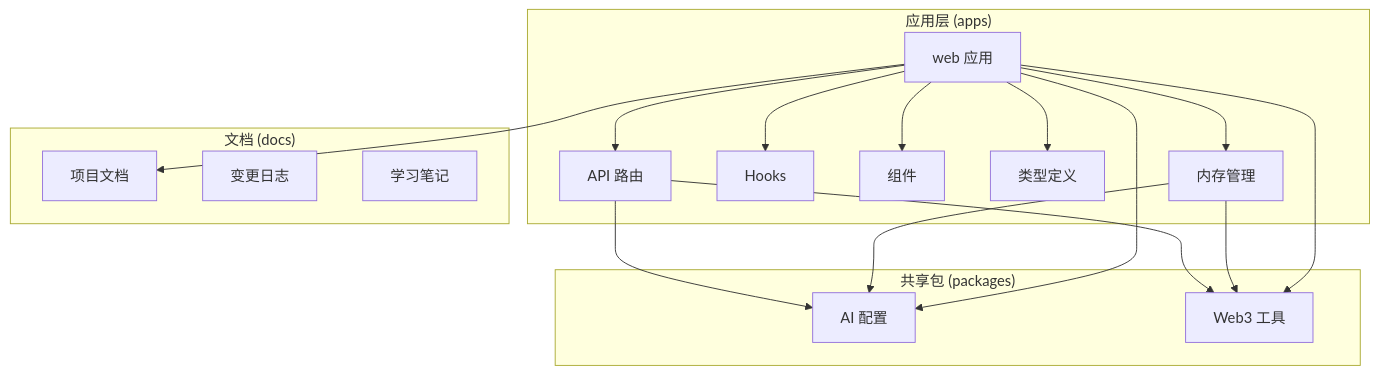
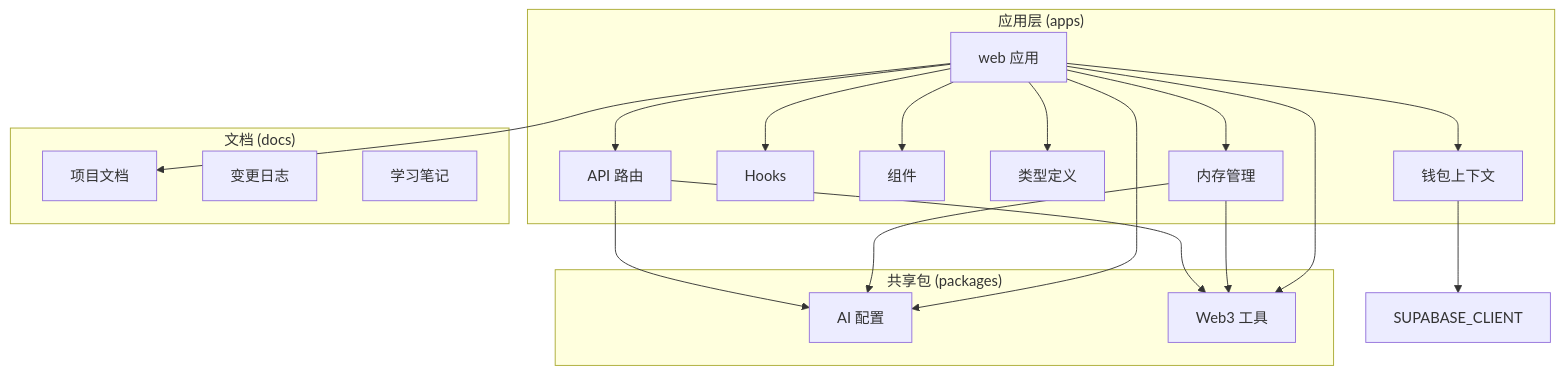
Before and after one commit to CryptoLinxu/Web3-AI-Agent: the first of 27 diagrams in .qoder/repowiki/zh/content/核心技能详解/SSE流式聊天系统.md, drawn with Mermaid. The commit also changed other lines of this file and 11 other files, not shown here.

````diff
--- a/.qoder/repowiki/zh/content/核心技能详解/SSE流式聊天系统.md
+++ b/.qoder/repowiki/zh/content/核心技能详解/SSE流式聊天系统.md
@@ -64,32 +75,35 @@
 ```mermaid
 graph TB
 subgraph "应用层 (apps)"
 WEB[web 应用]
 WEB_API[API 路由]
 WEB_HOOKS[Hooks]
 WEB_COMPONENTS[组件]
 WEB_TYPES[类型定义]
 WEB_MEMORY[内存管理]
+WEB_WALLET[钱包上下文]
 end
 subgraph "共享包 (packages)"
 AI_CONFIG[AI 配置]
 WEB3_TOOLS[Web3 工具]
 end
 subgraph "文档 (docs)"
 DOCS[项目文档]
 CHANGELOG[变更日志]
 LEARNING[学习笔记]
 end
 WEB --> WEB_API
 WEB --> WEB_HOOKS
 WEB --> WEB_COMPONENTS
 WEB --> WEB_TYPES
 WEB --> WEB_MEMORY
+WEB --> WEB_WALLET
 WEB_API --> AI_CONFIG
 WEB_API --> WEB3_TOOLS
 WEB_MEMORY --> AI_CONFIG
 WEB_MEMORY --> WEB3_TOOLS
+WEB_WALLET --> SUPABASE_CLIENT
 WEB --> AI_CONFIG
 WEB --> WEB3_TOOLS
 WEB --> DOCS
 ```
````
